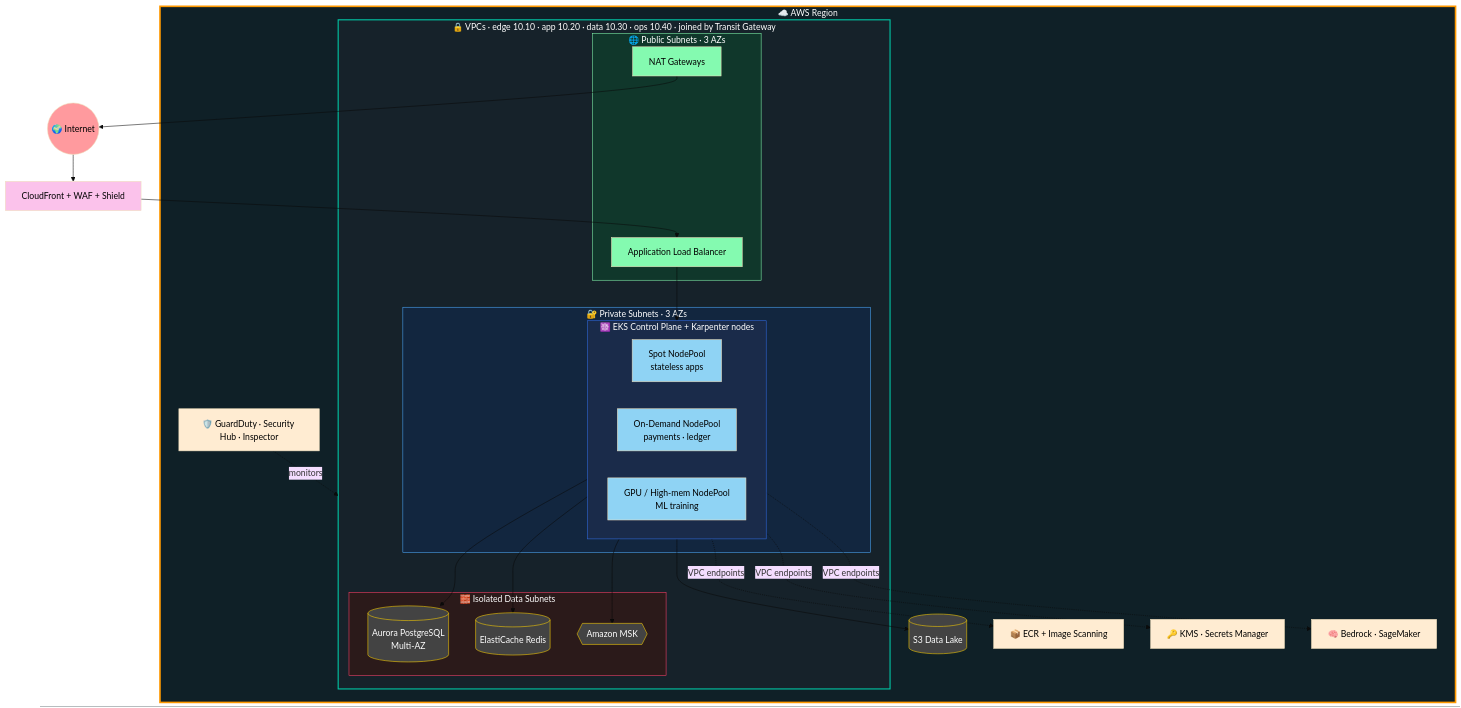
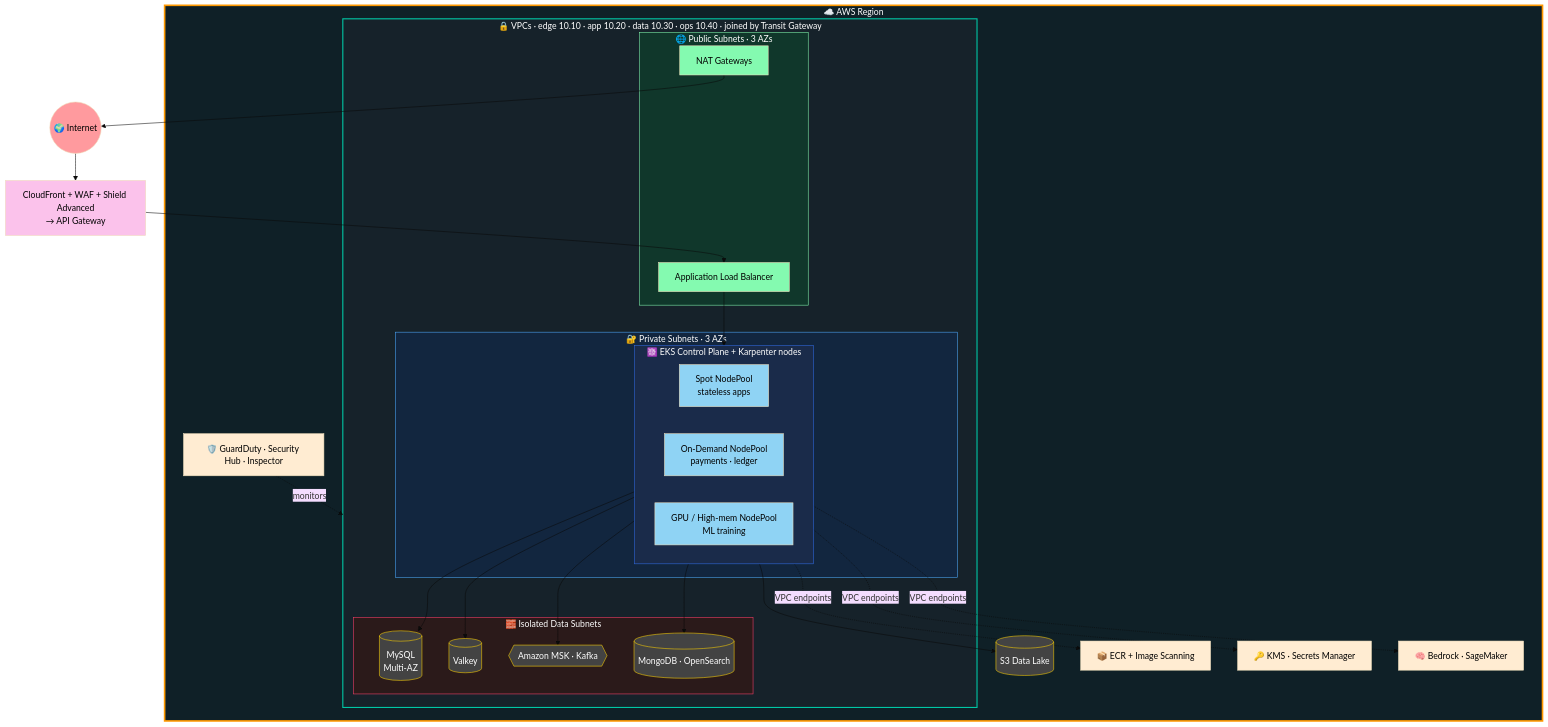
Before and after one commit to muntaha747/FinTech-Enterprise-Project: the eighth of 31 diagrams in README.md, drawn with Mermaid (base theme). The commit also changed other lines of this file and 4 other files, not shown here.

First line of the commit message:
README: project overview, infrastructure layers and regional architecture diagrams [skip ci]

````diff
--- a/README.md
+++ b/README.md
@@ -302,50 +447,51 @@
 ```mermaid
 flowchart TB
-    INT((🌍 Internet)):::net --> CFN[CloudFront + WAF + Shield]:::edge
+    INT((🌍 Internet)):::net --> CFN[CloudFront + WAF + Shield Advanced<br/>→ API Gateway]:::edge
 
     subgraph REGION["☁️ AWS Region"]
         subgraph VPC["🔒 VPCs · edge 10.10 · app 10.20 · data 10.30 · ops 10.40 · joined by Transit Gateway"]
             subgraph PUB["🌐 Public Subnets · 3 AZs"]
                 ALB2[Application Load Balancer]:::pub
                 NAT[NAT Gateways]:::pub
             end
             subgraph PRIV["🔐 Private Subnets · 3 AZs"]
                 subgraph K["☸️ EKS Control Plane + Karpenter nodes"]
                     NP1[Spot NodePool<br/>stateless apps]:::node
                     NP2[On-Demand NodePool<br/>payments · ledger]:::node
                     NP3[GPU / High-mem NodePool<br/>ML training]:::node
                 end
             end
             subgraph ISO["🧱 Isolated Data Subnets"]
-                AUR[(Aurora PostgreSQL<br/>Multi-AZ)]:::data
-                ECA[(ElastiCache Redis)]:::data
-                MSK{{Amazon MSK}}:::data
+                AUR[(MySQL<br/>Multi-AZ)]:::data
+                ECA[(Valkey)]:::data
+                MSK{{Amazon MSK · Kafka}}:::data
+                MDB[(MongoDB · OpenSearch)]:::data
             end
         end
         S3B[(S3 Data Lake)]:::data
         ECR[📦 ECR + Image Scanning]:::svc
         KMS[🔑 KMS · Secrets Manager]:::svc
         SEC[🛡️ GuardDuty · Security Hub · Inspector]:::svc
         BED[🧠 Bedrock · SageMaker]:::svc
     end
 
     CFN --> ALB2 --> K
-    K --> AUR & ECA & MSK
+    K --> AUR & ECA & MSK & MDB
     K --> S3B
     K -.->|VPC endpoints| ECR & KMS & BED
     NAT --> INT
     SEC -.->|monitors| VPC
 
     classDef net fill:#ff9a9e,color:#000
     classDef edge fill:#fbc2eb,color:#000
     classDef pub fill:#84fab0,color:#000
     classDef node fill:#8fd3f4,color:#000
     classDef data fill:#434343,stroke:#ffd200,color:#fff
     classDef svc fill:#ffecd2,color:#000
     style REGION fill:#0f2027,stroke:#ff9900,color:#fff,stroke-width:3px
     style VPC fill:#16222a,stroke:#00c9a7,color:#fff,stroke-width:2px
     style PUB fill:#10372b,stroke:#84fab0,color:#fff
     style PRIV fill:#12263f,stroke:#4facfe,color:#fff
     style ISO fill:#2b1a1a,stroke:#ff416c,color:#fff
     style K fill:#1a2b4a,stroke:#326ce5,color:#fff
 ```
````
